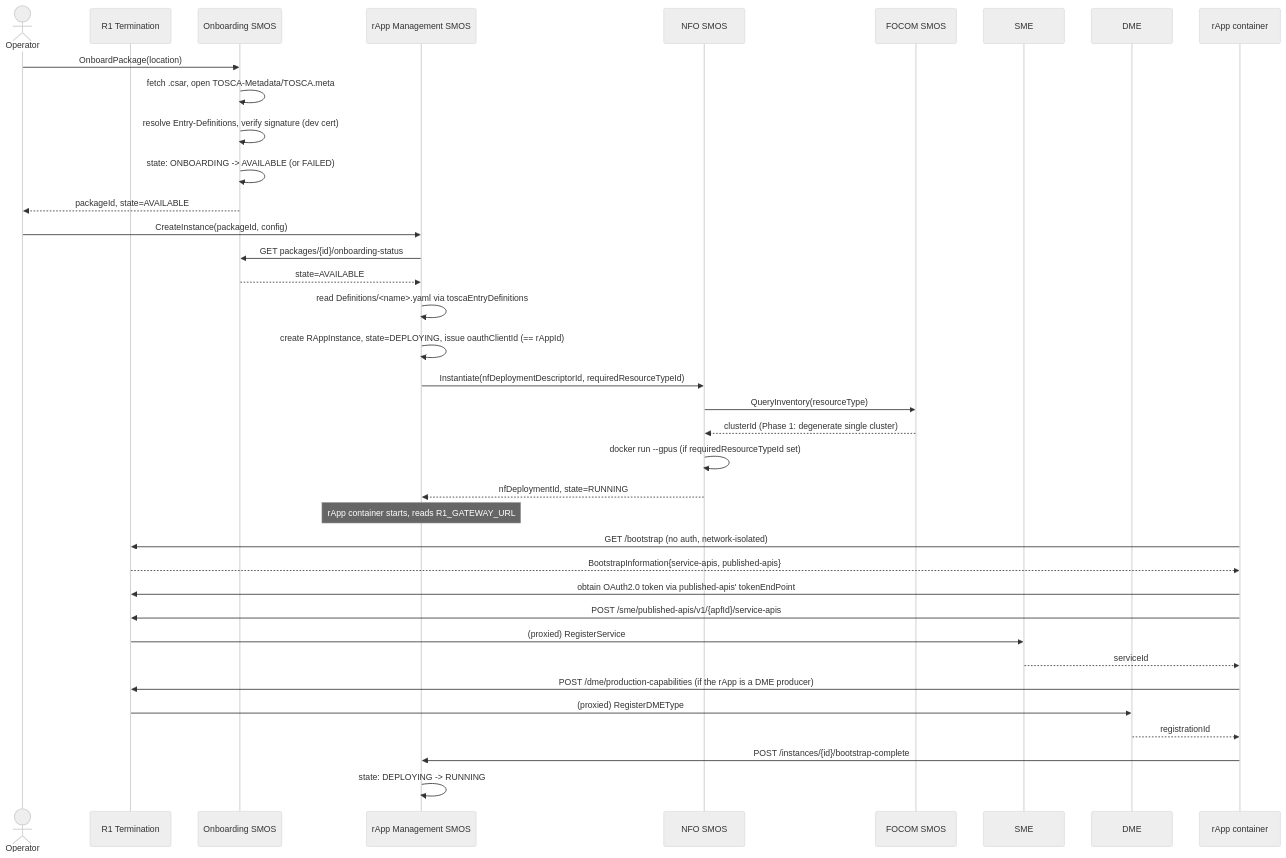
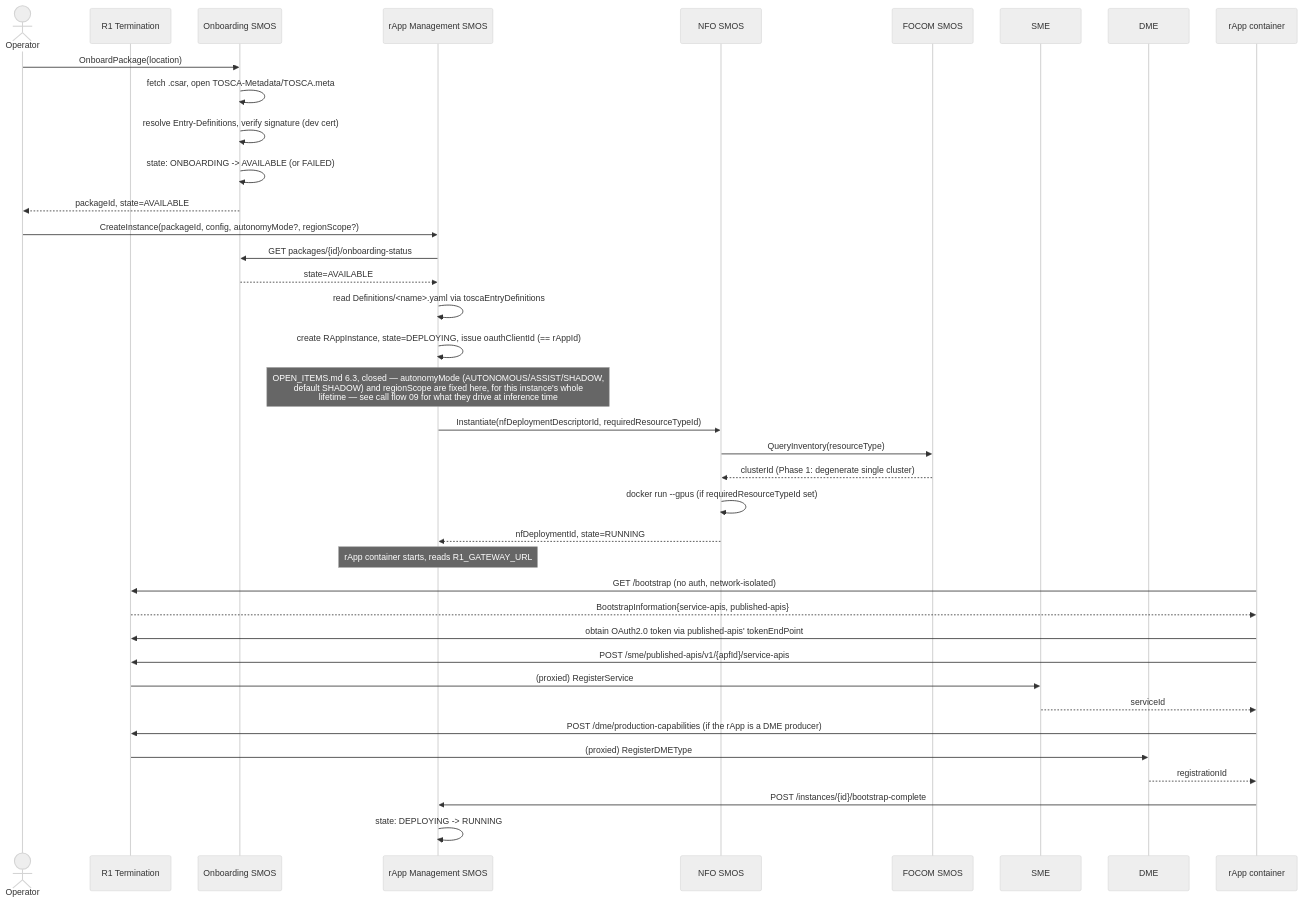
One commit to rsys-bshankar/ai-ran-ref changed the diagram in smo/docs/call-flows/01-rapp-onboarding-to-deployment.md. Above: the diagram before and after it, drawn with Mermaid (neutral theme). The commit also changed 19 other files, not shown here.

First line of the commit message:
Add rApp Autonomy Modes: AUTONOMOUS/ASSIST/SHADOW (OPEN_ITEMS.md 6.3)

````diff
--- a/smo/docs/call-flows/01-rapp-onboarding-to-deployment.md
+++ b/smo/docs/call-flows/01-rapp-onboarding-to-deployment.md
@@ -5,46 +5,47 @@
 ```mermaid
 sequenceDiagram
     actor Operator
     participant R1 as R1 Termination
     participant Onb as Onboarding SMOS
     participant Rapp as rApp Management SMOS
     participant NFO as NFO SMOS
     participant Focom as FOCOM SMOS
     participant SME as SME
     participant DME as DME
 
     Operator->>Onb: OnboardPackage(location)
     Onb->>Onb: fetch .csar, open TOSCA-Metadata/TOSCA.meta
     Onb->>Onb: resolve Entry-Definitions, verify signature (dev cert)
     Onb->>Onb: state: ONBOARDING -> AVAILABLE (or FAILED)
     Onb-->>Operator: packageId, state=AVAILABLE
 
-    Operator->>Rapp: CreateInstance(packageId, config)
+    Operator->>Rapp: CreateInstance(packageId, config, autonomyMode?, regionScope?)
     Rapp->>Onb: GET packages/{id}/onboarding-status
     Onb-->>Rapp: state=AVAILABLE
     Rapp->>Rapp: read Definitions/<name>.yaml via toscaEntryDefinitions
     Rapp->>Rapp: create RAppInstance, state=DEPLOYING, issue oauthClientId (== rAppId)
+    Note over Rapp: OPEN_ITEMS.md 6.3, closed — autonomyMode (AUTONOMOUS/ASSIST/SHADOW,<br/>default SHADOW) and regionScope are fixed here, for this instance's whole<br/>lifetime — see call flow 09 for what they drive at inference time
 
     Rapp->>NFO: Instantiate(nfDeploymentDescriptorId, requiredResourceTypeId)
     NFO->>Focom: QueryInventory(resourceType)
     Focom-->>NFO: clusterId (Phase 1: degenerate single cluster)
     NFO->>NFO: docker run --gpus (if requiredResourceTypeId set)
     NFO-->>Rapp: nfDeploymentId, state=RUNNING
 
     Note over Rapp: rApp container starts, reads R1_GATEWAY_URL
 
     participant Container as rApp container
     Container->>R1: GET /bootstrap (no auth, network-isolated)
     R1-->>Container: BootstrapInformation{service-apis, published-apis}
     Container->>R1: obtain OAuth2.0 token via published-apis' tokenEndPoint
     Container->>R1: POST /sme/published-apis/v1/{apfId}/service-apis
     R1->>SME: (proxied) RegisterService
     SME-->>Container: serviceId
 
     Container->>R1: POST /dme/production-capabilities (if the rApp is a DME producer)
     R1->>DME: (proxied) RegisterDMEType
     DME-->>Container: registrationId
 
     Container->>Rapp: POST /instances/{id}/bootstrap-complete
     Rapp->>Rapp: state: DEPLOYING -> RUNNING
 ```
````
